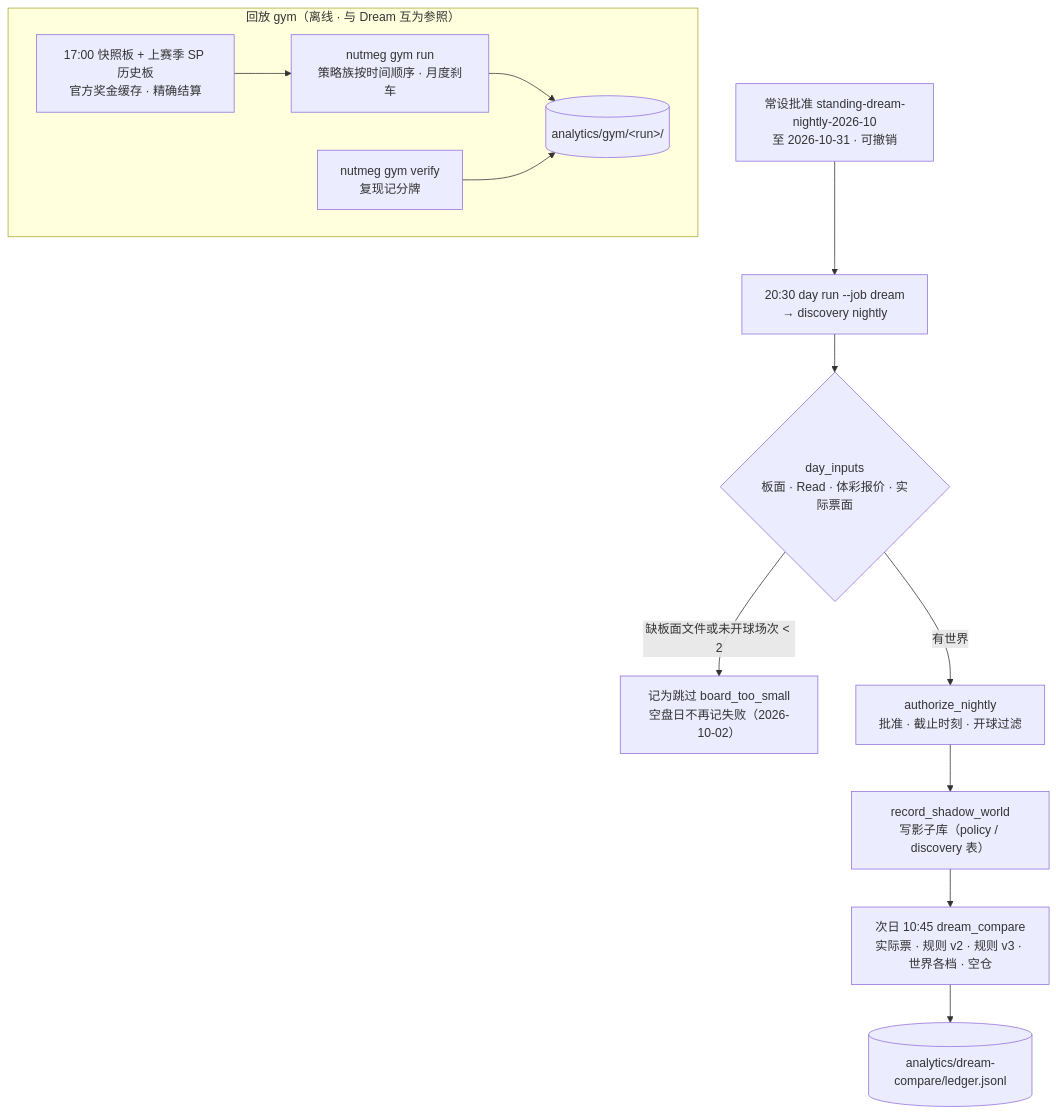
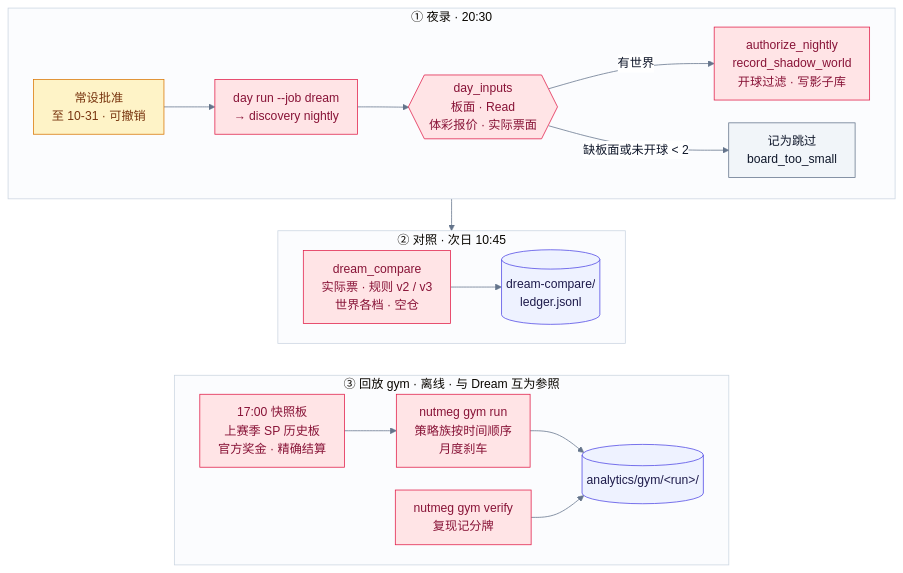
One commit to Jerenus/Nutmeg changed the ninth of 10 diagrams in docs/ARCHITECTURE.md. Above: the diagram before and after it, drawn with Mermaid. The commit also changed other lines of this file and 3 other files, not shown here.

````diff
--- a/docs/ARCHITECTURE.md
+++ b/docs/ARCHITECTURE.md
@@ -332,15 +464,30 @@
 ```mermaid
-flowchart TD
-  S["常设批准 standing-dream-nightly-2026-10<br/>至 2026-10-31 · 可撤销"] --> N["20:30 day run --job dream<br/>→ discovery nightly"]
-  N --> D{"day_inputs<br/>板面 · Read · 体彩报价 · 实际票面"}
-  D -->|"缺板面文件或未开球场次 &lt; 2"| SK["记为跳过 board_too_small<br/>空盘日不再记失败（2026-10-02）"]
-  D -->|"有世界"| AU["authorize_nightly<br/>批准 · 截止时刻 · 开球过滤"]
-  AU --> RC["record_shadow_world<br/>写影子库（policy / discovery 表）"]
-  RC --> CMP["次日 10:45 dream_compare<br/>实际票 · 规则 v2 · 规则 v3 · 世界各档 · 空仓"]
-  CMP --> LED[("analytics/dream-compare/ledger.jsonl")]
-  subgraph GYM["回放 gym（离线 · 与 Dream 互为参照）"]
+%%{init: {"theme": "base", "themeVariables": {"fontSize": "16px", "lineColor": "#64748B", "clusterBkg": "#FBFCFE", "clusterBorder": "#CBD5E1", "edgeLabelBackground": "#FFFFFF", "primaryTextColor": "#0F172A"}, "flowchart": {"curve": "basis", "padding": 12, "nodeSpacing": 30, "rankSpacing": 42}}}%%
+flowchart TB
+  subgraph REC["① 夜录 · 20:30"]
     direction LR
-    G1["17:00 快照板 + 上赛季 SP 历史板<br/>官方奖金缓存 · 精确结算"] --> G2["nutmeg gym run<br/>策略族按时间顺序 · 月度刹车"] --> G3[("analytics/gym/&lt;run&gt;/")]
+    S["常设批准<br/>至 10-31 · 可撤销"] --> N["day run --job dream<br/>→ discovery nightly"] --> D{{"day_inputs<br/>板面 · Read<br/>体彩报价 · 实际票面"}}
+    D -->|"有世界"| RC["authorize_nightly<br/>record_shadow_world<br/>开球过滤 · 写影子库"]
+    D -->|"缺板面或未开球 &lt; 2"| SK["记为跳过<br/>board_too_small"]
+  end
+  subgraph CMP["② 对照 · 次日 10:45"]
+    direction LR
+    C1["dream_compare<br/>实际票 · 规则 v2 / v3<br/>世界各档 · 空仓"] --> LED[("dream-compare/<br/>ledger.jsonl")]
+  end
+  subgraph GYM["③ 回放 gym · 离线 · 与 Dream 互为参照"]
+    direction LR
+    G1["17:00 快照板<br/>上赛季 SP 历史板<br/>官方奖金 · 精确结算"] --> G2["nutmeg gym run<br/>策略族按时间顺序<br/>月度刹车"] --> G3[("analytics/gym/&lt;run&gt;/")]
     G4["nutmeg gym verify<br/>复现记分牌"] --> G3
   end
+  REC --> CMP
+  CMP ~~~ GYM
+
+  classDef hum fill:#FEF3C7,stroke:#D97706,color:#78350F
+  classDef exp fill:#FFE4E6,stroke:#E11D48,color:#881337
+  classDef store fill:#EEF2FF,stroke:#4F46E5,color:#1E1B4B
+  classDef src fill:#F1F5F9,stroke:#64748B,color:#0F172A
+  class S hum
+  class N,D,RC,C1,G1,G2,G4 exp
+  class LED,G3 store
+  class SK src
 ```
````
